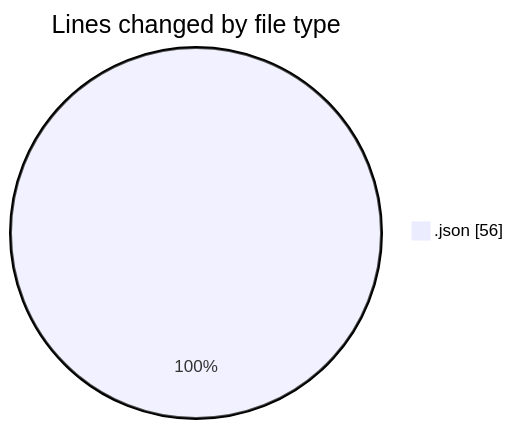
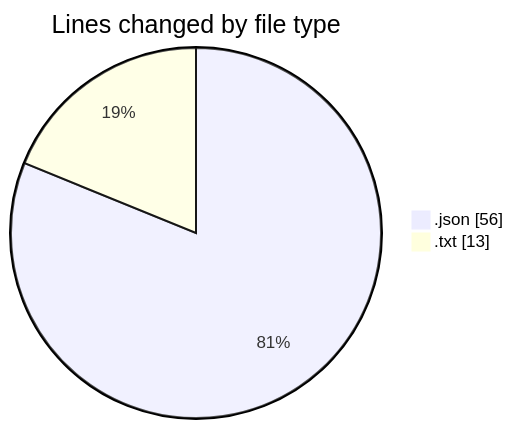
The first of 2 diagrams in 2025-03-19/echo/README.md (Netris89/code-tracking), drawn with Mermaid before and after one commit. The commit also changed other lines of this file and 1 other file, not shown here.

````diff
--- a/2025-03-19/echo/README.md
+++ b/2025-03-19/echo/README.md
@@ -21,5 +22,6 @@
 ```mermaid
 pie showData
 title Lines changed by file type
 ".json" : 56
+".txt" : 13
 ```
````
